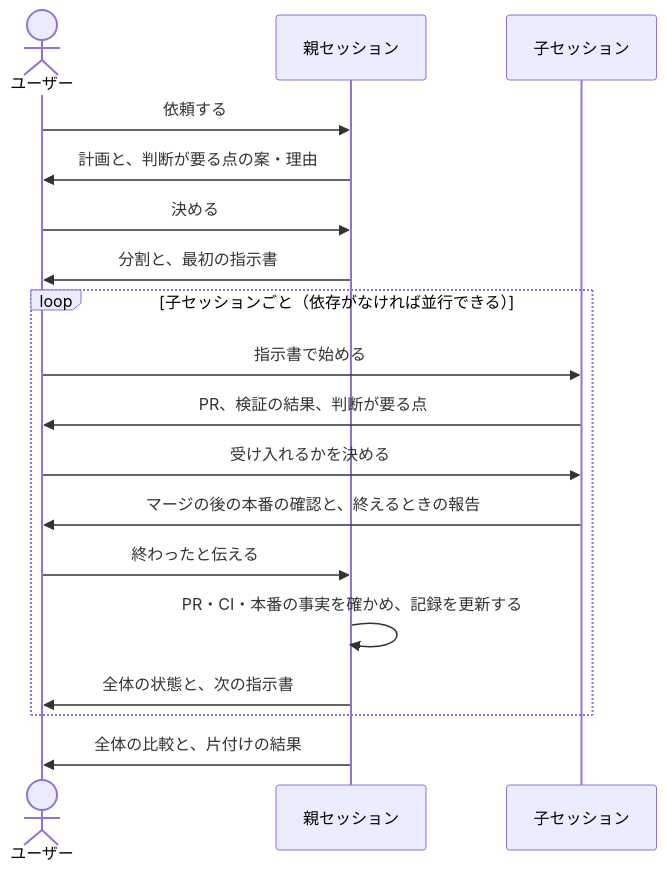
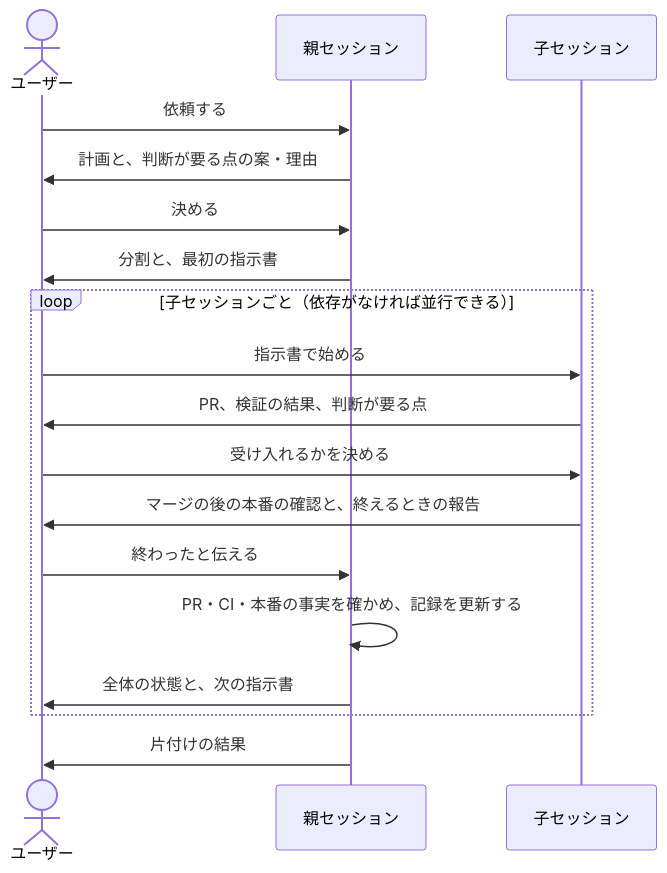
Before and after one commit to shin4488/agent-plugins: the diagram in skills/coordinate-sessions/SKILL.md, drawn with Mermaid. The commit also changed other lines of this file, not shown here.

````diff
--- a/skills/coordinate-sessions/SKILL.md
+++ b/skills/coordinate-sessions/SKILL.md
@@ -20,20 +20,20 @@
 ```mermaid
 sequenceDiagram
     actor User as ユーザー
     participant Parent as 親セッション
     participant Child as 子セッション
     User->>Parent: 依頼する
     Parent->>User: 計画と、判断が要る点の案・理由
     User->>Parent: 決める
     Parent->>User: 分割と、最初の指示書
     loop 子セッションごと（依存がなければ並行できる）
         User->>Child: 指示書で始める
         Child->>User: PR、検証の結果、判断が要る点
         User->>Child: 受け入れるかを決める
         Child->>User: マージの後の本番の確認と、終えるときの報告
         User->>Parent: 終わったと伝える
         Parent->>Parent: PR・CI・本番の事実を確かめ、記録を更新する
         Parent->>User: 全体の状態と、次の指示書
     end
-    Parent->>User: 全体の比較と、片付けの結果
+    Parent->>User: 片付けの結果
 ```
````
